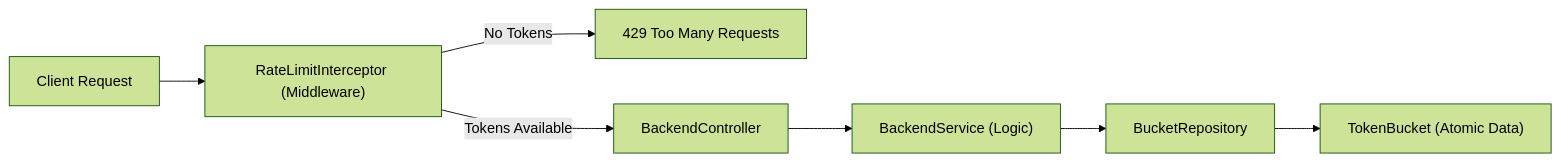
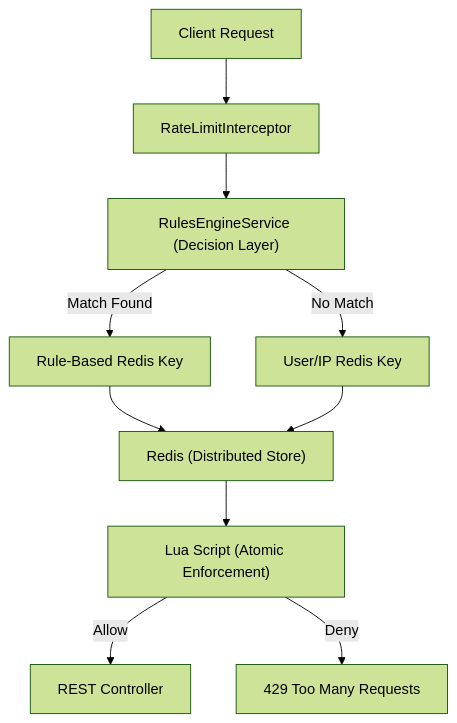
Before and after one commit to vanshikabytes/API-Rate-Limiter-Service: the diagram in README.md, drawn with Mermaid (forest theme). The commit also changed other lines of this file and 17 other files, not shown here.

Commit message:
feat: implement distributed rate limiting with Redis and dynamic rules engine

````diff
--- a/README.md
+++ b/README.md
@@ -22,9 +25,12 @@
 ```mermaid
-graph LR
-    Client["Client Request"] --> Interceptor["RateLimitInterceptor (Middleware)"]
-    Interceptor --> |"No Tokens"| Block["429 Too Many Requests"]
-    Interceptor --> |"Tokens Available"| Controller["BackendController"]
-    Controller --> Service["BackendService (Logic)"]
-    Service --> Repos["BucketRepository"]
-    Repos --> Bucket["TokenBucket (Atomic Data)"]
+graph TD
+    Client["Client Request"] --> Interceptor["RateLimitInterceptor"]
+    Interceptor --> Rules["RulesEngineService (Decision Layer)"]
+    Rules --> |"Match Found"| KeyOverride["Rule-Based Redis Key"]
+    Rules --> |"No Match"| UserKey["User/IP Redis Key"]
+    KeyOverride --> Redis["Redis (Distributed Store)"]
+    UserKey --> Redis
+    Redis --> Lua["Lua Script (Atomic Enforcement)"]
+    Lua --> |"Allow"| Controller["REST Controller"]
+    Lua --> |"Deny"| Block["429 Too Many Requests"]
 ```
````
